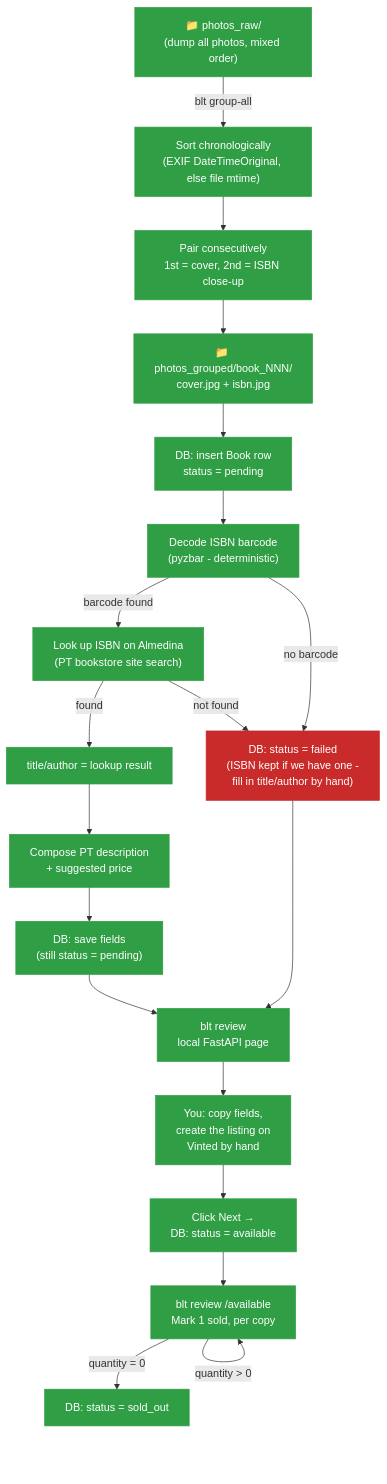
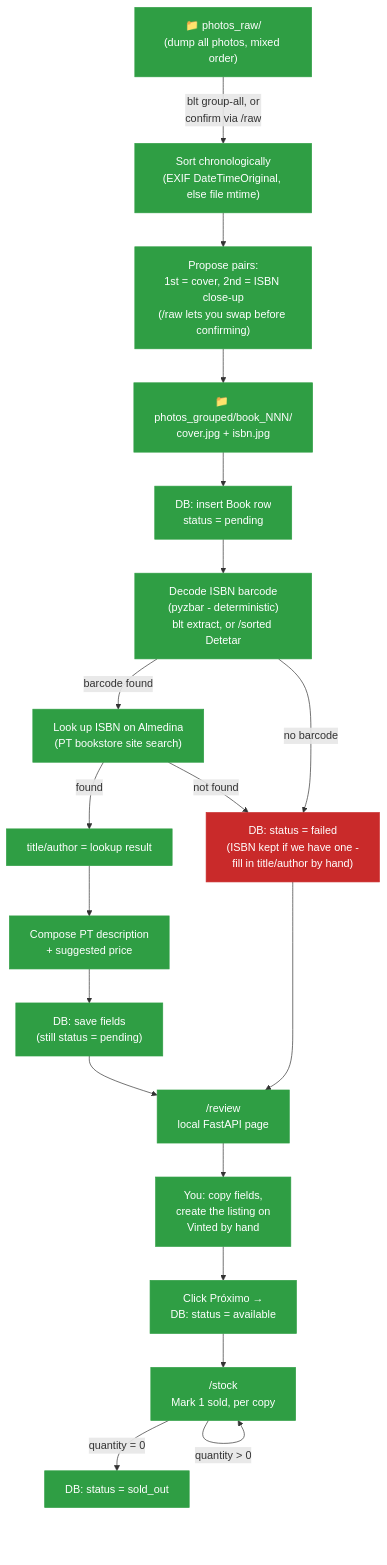
One commit to gab-es21/book-listing-automation changed the diagram in README.md. Above: the diagram before and after it, drawn with Mermaid. The commit also changed other lines of this file and 10 other files, not shown here.

First line of the commit message:
Step-based UI: persistent sidebar, raw/sorted steps brought into the web app

````diff
--- a/README.md
+++ b/README.md
@@ -13,30 +13,30 @@
 ```mermaid
 flowchart TD
-    A["📁 photos_raw/\n(dump all photos, mixed order)"] -->|"blt group-all"| B["Sort chronologically\n(EXIF DateTimeOriginal, else file mtime)"]
-    B --> C["Pair consecutively\n1st = cover, 2nd = ISBN close-up"]
+    A["📁 photos_raw/\n(dump all photos, mixed order)"] -->|"blt group-all, or\nconfirm via /raw"| B["Sort chronologically\n(EXIF DateTimeOriginal, else file mtime)"]
+    B --> C["Propose pairs:\n1st = cover, 2nd = ISBN close-up\n(/raw lets you swap before confirming)"]
     C --> D["📁 photos_grouped/book_NNN/\ncover.jpg + isbn.jpg"]
     D --> E["DB: insert Book row\nstatus = pending"]
 
-    E --> F["Decode ISBN barcode\n(pyzbar - deterministic)"]
+    E --> F["Decode ISBN barcode\n(pyzbar - deterministic)\nblt extract, or /sorted Detetar"]
     F -->|"barcode found"| G["Look up ISBN on Almedina\n(PT bookstore site search)"]
     G -->|"found"| H1["title/author = lookup result"]
     G -->|"not found"| Z["DB: status = failed\n(ISBN kept if we have one -\nfill in title/author by hand)"]
     F -->|"no barcode"| Z
 
     H1 --> I["Compose PT description\n+ suggested price"]
     I --> J["DB: save fields\n(still status = pending)"]
 
-    J --> K["blt review\nlocal FastAPI page"]
+    J --> K["/review\nlocal FastAPI page"]
     Z --> K
     K --> L["You: copy fields,\ncreate the listing on\nVinted by hand"]
-    L --> M["Click Next →\nDB: status = available"]
-    M --> N["blt review /available\nMark 1 sold, per copy"]
+    L --> M["Click Próximo →\nDB: status = available"]
+    M --> N["/stock\nMark 1 sold, per copy"]
     N -->|"quantity > 0"| N
     N -->|"quantity = 0"| O["DB: status = sold_out"]
 
     class A,B,C,D,E,F,G,H1,I,J,K,L,M,N,O done
     class Z failed
 
     classDef done fill:#2f9e44,color:#fff,stroke:#2f9e44
     classDef failed fill:#c92a2a,color:#fff,stroke:#c92a2a
 ```
````
